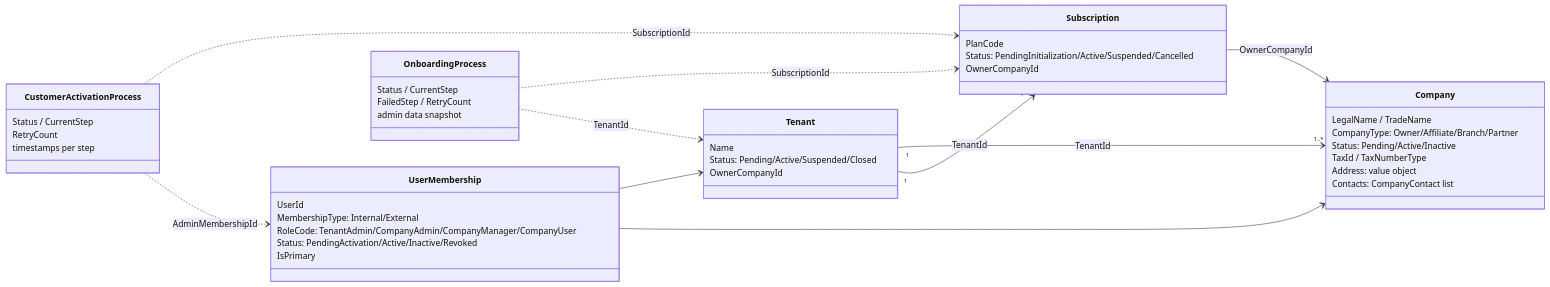
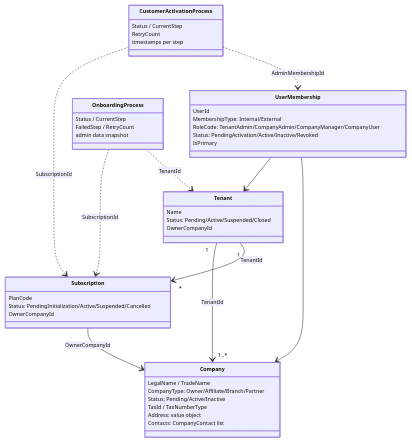
Before and after one commit to miquelalcaraz/Labs.ServicePlatform: the second of 4 diagrams in docs/features/01-sample-domain.md, drawn with Mermaid.

Commit message:
chore: Update sample domain documentation with mermaid configuration and layout adjustments

````diff
--- a/docs/features/01-sample-domain.md
+++ b/docs/features/01-sample-domain.md
@@ -62,49 +62,59 @@
 ```mermaid
+---
+config:
+  themeVariables:
+    fontSize: 10px
+  class:
+    nodeSpacing: 10
+    rankSpacing: 10
+    padding: 6
+    hideEmptyMembersBox: true
+---
 classDiagram
-    direction LR
+    direction TB
     class Tenant {
         Name
         Status: Pending/Active/Suspended/Closed
         OwnerCompanyId
     }
     class Company {
         LegalName / TradeName
         CompanyType: Owner/Affiliate/Branch/Partner
         Status: Pending/Active/Inactive
         TaxId / TaxNumberType
         Address: value object
         Contacts: CompanyContact list
     }
     class Subscription {
         PlanCode
         Status: PendingInitialization/Active/Suspended/Cancelled
         OwnerCompanyId
     }
     class UserMembership {
         UserId
         MembershipType: Internal/External
         RoleCode: TenantAdmin/CompanyAdmin/CompanyManager/CompanyUser
         Status: PendingActivation/Active/Inactive/Revoked
         IsPrimary
     }
     class OnboardingProcess {
         Status / CurrentStep
         FailedStep / RetryCount
         admin data snapshot
     }
     class CustomerActivationProcess {
         Status / CurrentStep
         RetryCount
         timestamps per step
     }
 
     Tenant "1" --> "1..*" Company : TenantId
     Tenant "1" --> "*" Subscription : TenantId
     Subscription --> Company : OwnerCompanyId
     UserMembership --> Tenant
     UserMembership --> Company
     OnboardingProcess ..> Subscription : SubscriptionId
     OnboardingProcess ..> Tenant : TenantId
     CustomerActivationProcess ..> Subscription : SubscriptionId
     CustomerActivationProcess ..> UserMembership : AdminMembershipId
 ```
````
